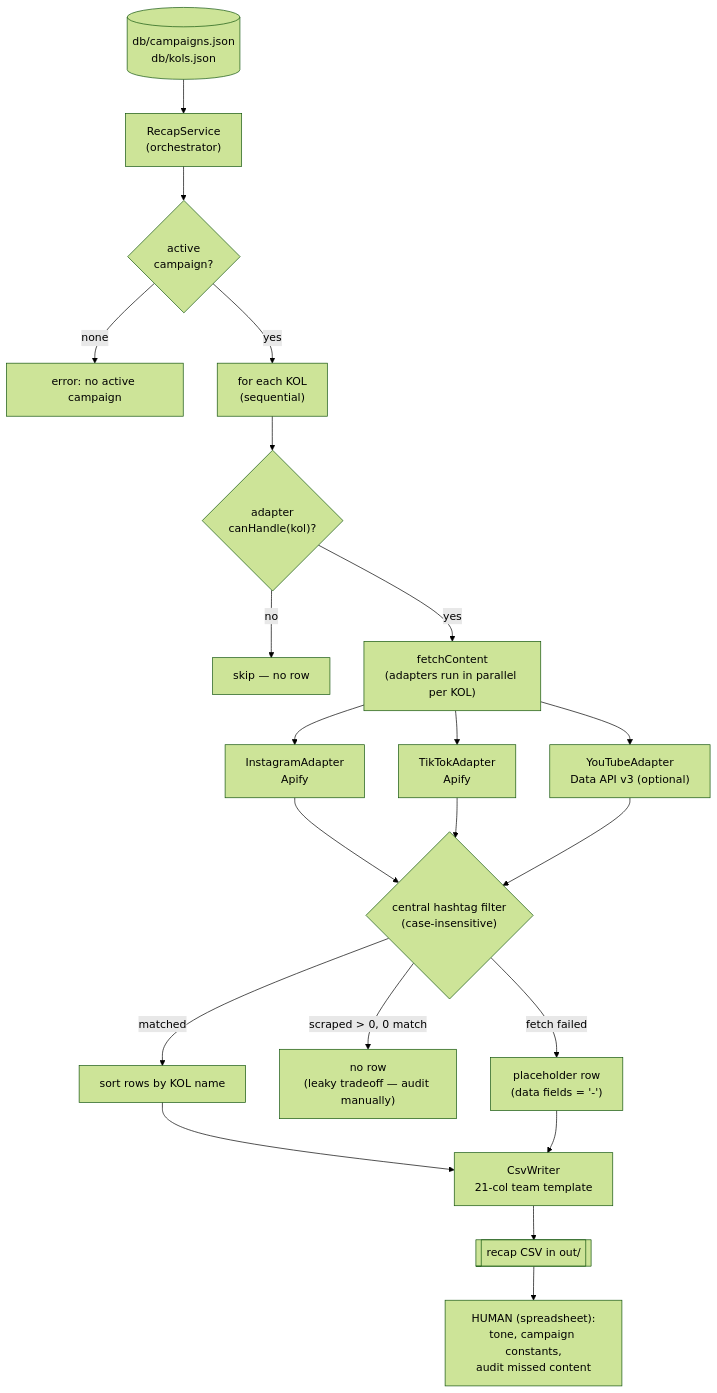
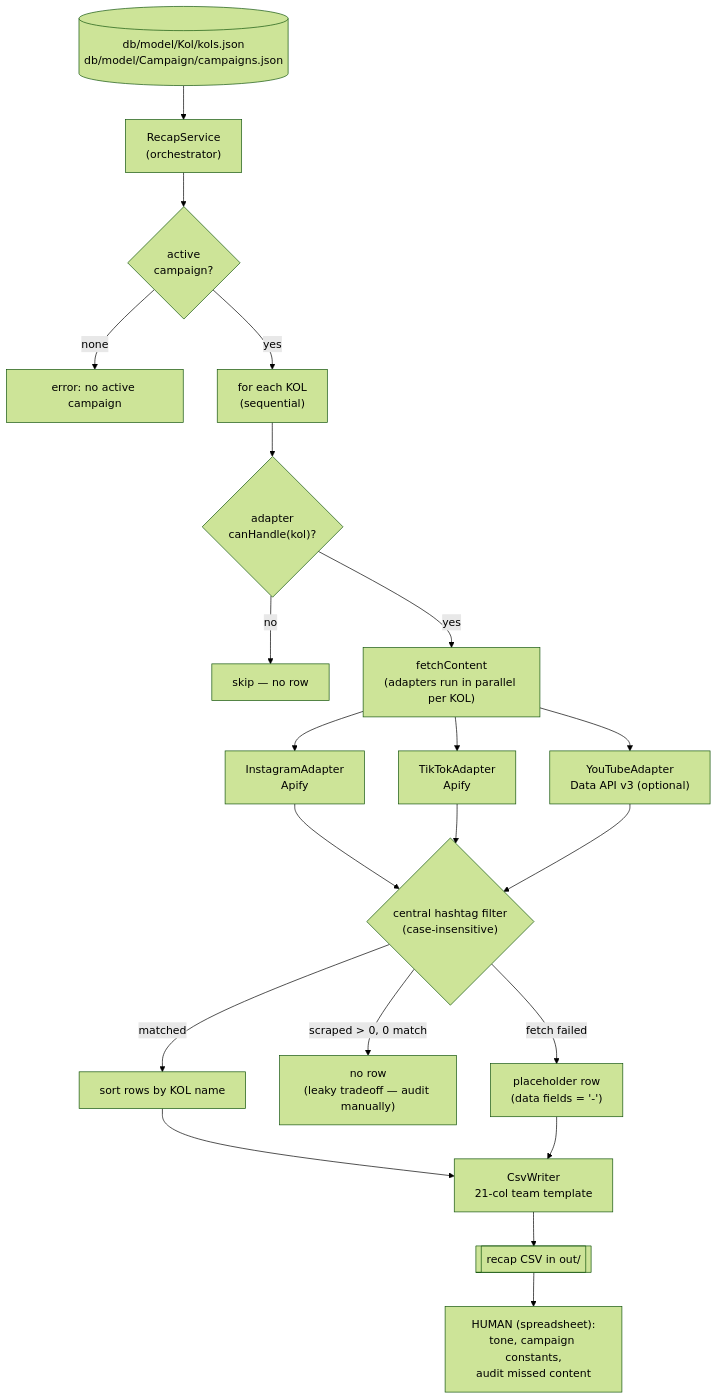
Before and after one commit to zuarxanna/kol-recap-bot: the diagram in README.md, drawn with Mermaid (forest theme). The commit also changed other lines of this file and 12 other files, not shown here.

````diff
--- a/README.md
+++ b/README.md
@@ -34,28 +34,28 @@
 ```mermaid
 flowchart TD
-  DB[("db/campaigns.json<br/>db/kols.json")] --> RS["RecapService<br/>(orchestrator)"]
+  DB[("db/model/Kol/kols.json<br/>db/model/Campaign/campaigns.json")] --> RS["RecapService<br/>(orchestrator)"]
   RS --> AC{"active<br/>campaign?"}
   AC -- none --> ERR["error: no active campaign"]
   AC -- yes --> LOOP["for each KOL<br/>(sequential)"]
 
   LOOP --> CH{"adapter<br/>canHandle(kol)?"}
   CH -- no --> SKIP["skip — no row"]
   CH -- yes --> FETCH["fetchContent<br/>(adapters run in parallel per KOL)"]
 
   FETCH --> IG["InstagramAdapter<br/>Apify"]
   FETCH --> TT["TikTokAdapter<br/>Apify"]
   FETCH --> YT["YouTubeAdapter<br/>Data API v3 (optional)"]
 
   IG --> FILTER
   TT --> FILTER
   YT --> FILTER{"central hashtag filter<br/>(case-insensitive)"}
 
   FILTER -- matched --> SORT["sort rows by KOL name"]
   FILTER -- "scraped &gt; 0, 0 match" --> MISS["no row<br/>(leaky tradeoff — audit manually)"]
   FILTER -- "fetch failed" --> PLACE["placeholder row<br/>(data fields = '-')"]
 
   SORT --> CSV["CsvWriter<br/>21-col team template"]
   PLACE --> CSV
   CSV --> OUT[["recap CSV in out/"]]
   OUT --> HUMAN["HUMAN (spreadsheet):<br/>tone, campaign constants,<br/>audit missed content"]
 ```
````
